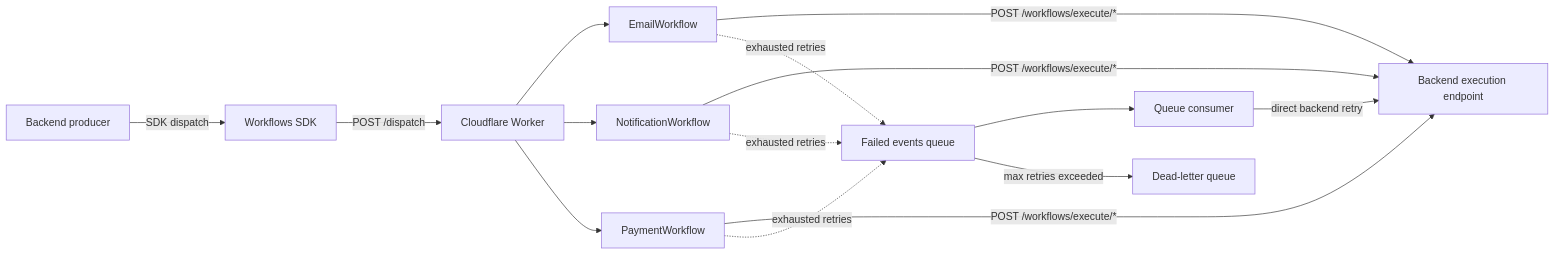
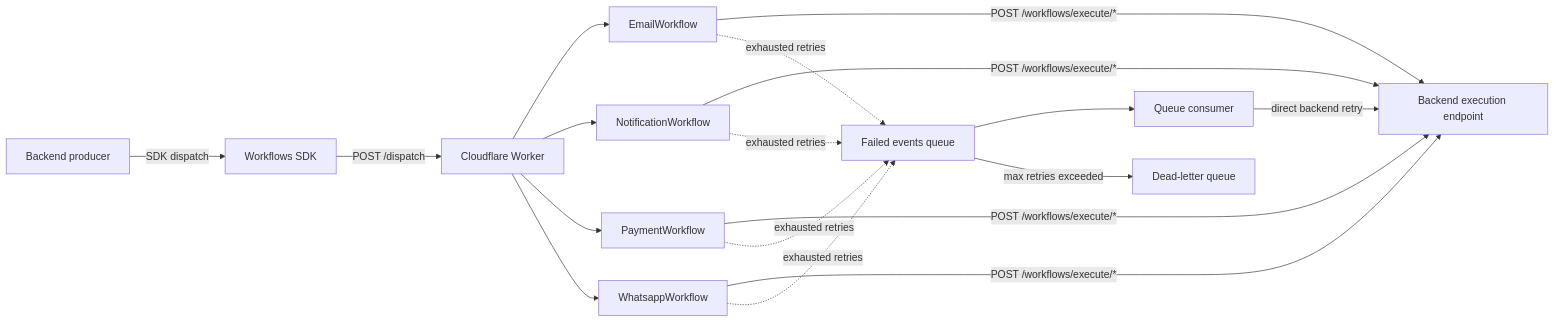
Before and after one commit to aashahin/cloudflare-workflows-worker: the diagram in README.md, drawn with Mermaid. The commit also changed other lines of this file and 8 other files, not shown here.

Commit message:
Added whatsapp workflows

````diff
--- a/README.md
+++ b/README.md
@@ -71,17 +73,20 @@
 ```mermaid
 flowchart LR
   A[Backend producer] -->|SDK dispatch| B[Workflows SDK]
   B -->|POST /dispatch| C[Cloudflare Worker]
   C --> D[EmailWorkflow]
   C --> E[NotificationWorkflow]
   C --> F[PaymentWorkflow]
-  D -->|POST /workflows/execute/*| G[Backend execution endpoint]
-  E -->|POST /workflows/execute/*| G
-  F -->|POST /workflows/execute/*| G
-  D -. exhausted retries .-> H[Failed events queue]
-  E -. exhausted retries .-> H
-  F -. exhausted retries .-> H
-  H --> I[Queue consumer]
-  I -->|direct backend retry| G
-  H -->|max retries exceeded| J[Dead-letter queue]
+  C --> G[WhatsappWorkflow]
+  D -->|POST /workflows/execute/*| H[Backend execution endpoint]
+  E -->|POST /workflows/execute/*| H
+  F -->|POST /workflows/execute/*| H
+  G -->|POST /workflows/execute/*| H
+  D -. exhausted retries .-> I[Failed events queue]
+  E -. exhausted retries .-> I
+  F -. exhausted retries .-> I
+  G -. exhausted retries .-> I
+  I --> J[Queue consumer]
+  J -->|direct backend retry| H
+  I -->|max retries exceeded| K[Dead-letter queue]
 ```
````
